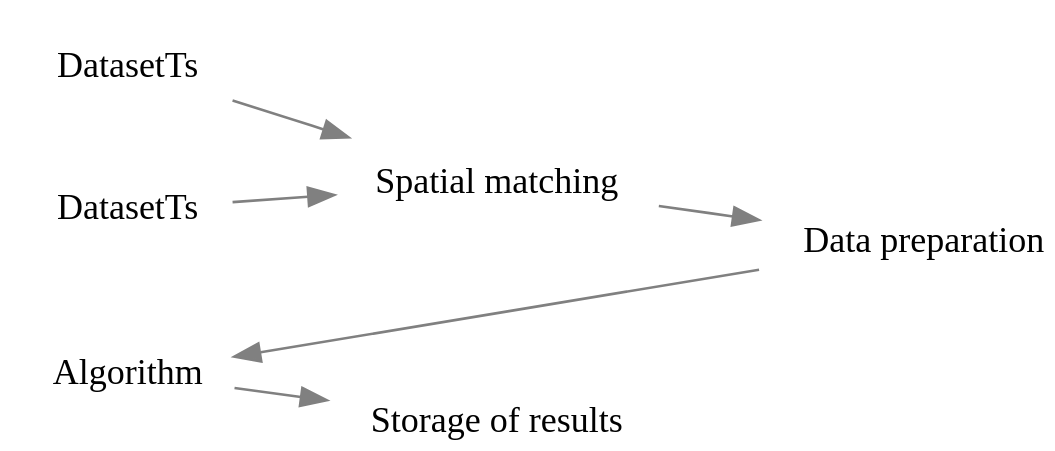
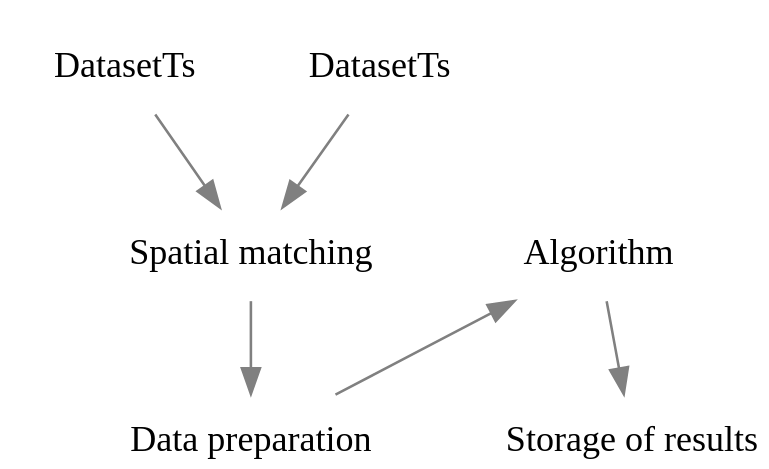
The second of 5 diagrams in index.org (cpaulik/2015-eoscience2.0), drawn with Graphviz before and after one commit. The commit also changed other lines of this file and 3 other files, not shown here.

Commit message:
Change flow diagrams to fit on one PDF page

```diff
--- a/index.org
+++ b/index.org
@@ -90,21 +90,25 @@
 #+begin_src dot :file ./img/workflow.svg :cmdline -Kdot -Tsvg
 digraph G {
                 resolution=100
-                rankdir=LR
+                rankdir=UD
                 bgcolor=Transparent
                 fontcolor=White
                 
                 node [style="filled", color=White, fontname="Hack" ,shape=box] //All nodes will this shape and colour
                 edge [color=Gray] //All the lines look like this
                 
                 data [label="DatasetTs" shape=Mrecord]
                 data1 [label="DatasetTs" shape=Mrecord]
                 spatial [label="Spatial matching"]
                 dataprep [label="Data preparation"]
                 algo [label="Algorithm"]
                 store [label="Storage of results" shape=Mrecord]
 
-                {data1 data}->spatial->dataprep->algo->store
-                {rank=same; data algo}
+                {data1}->spatial 
+                {data}->spatial 
+                spatial->dataprep 
+                dataprep->algo 
+                algo->store 
+                {rank=same; spatial algo}
 }
 #+end_src
```
